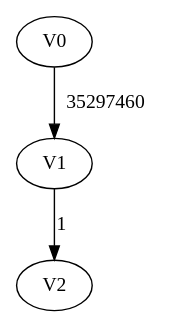
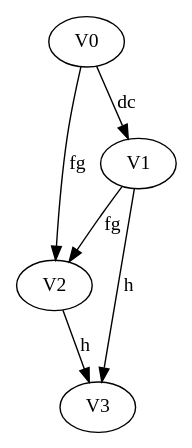
One commit to ermsharo/EP_GRAFO_PONDERADO changed the diagram in Grafo.dot. Above: the diagram before and after it, drawn with Graphviz. The commit also changed 12 other files, not shown here.

```diff
--- a/Grafo.dot
+++ b/Grafo.dot
@@ -1,5 +1,8 @@
 digraph{
-V0 -> V1[label=35297460]; 
- V1 -> V2[label=1]; 
+V0 -> V2[label=fg]; 
+ V0 -> V1[label=dc]; 
+ V1 -> V2[label=fg]; 
+ V1 -> V3[label=h]; 
+ V2 -> V3[label=h]; 
   
 }
```
